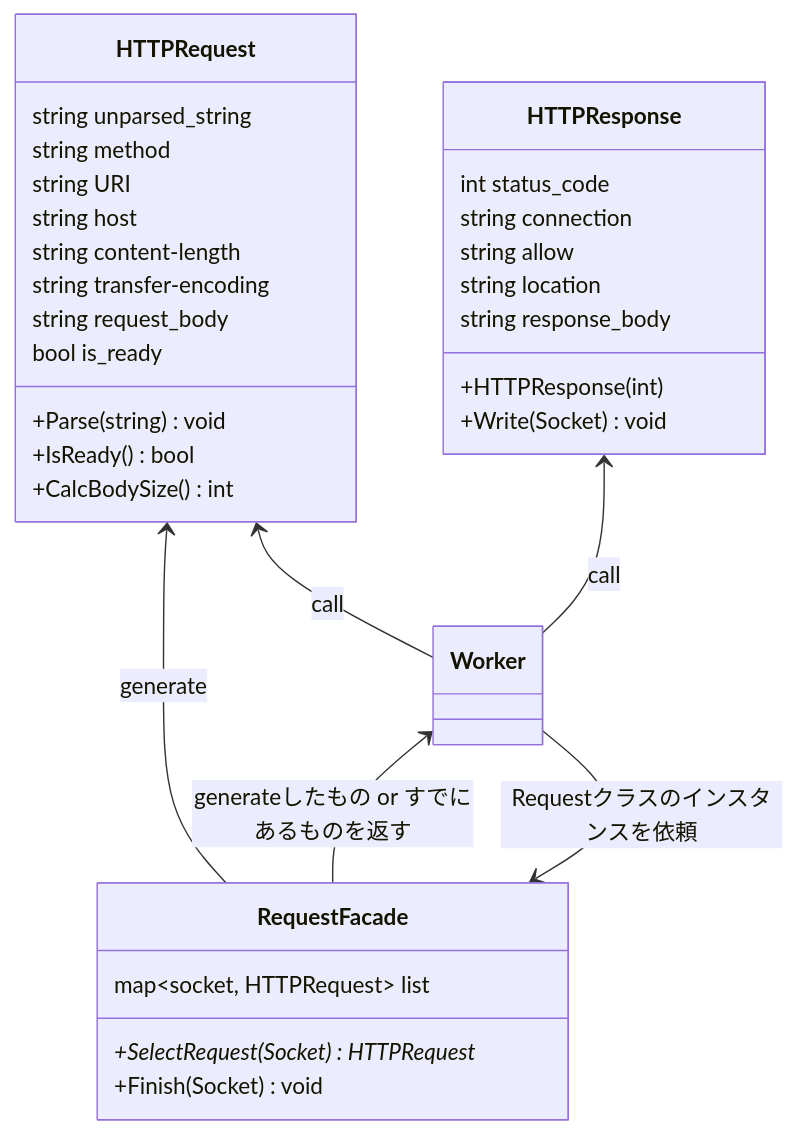
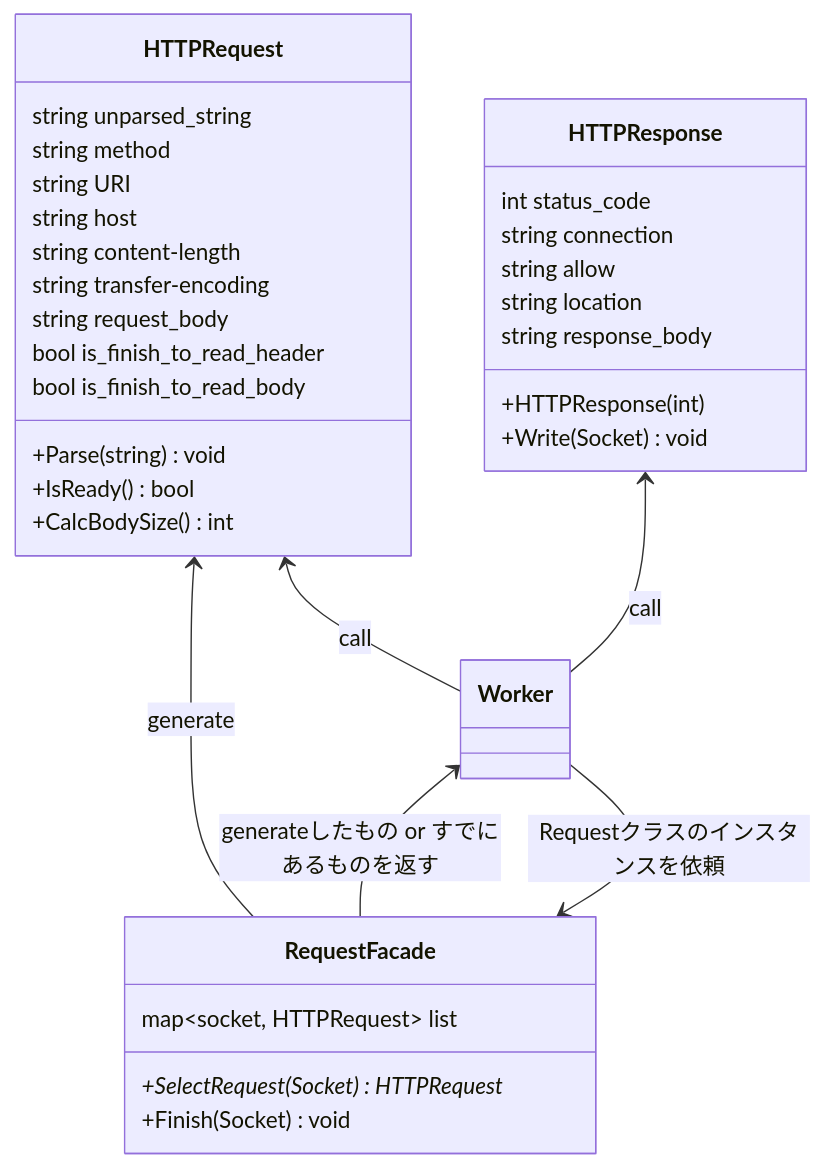
The diagram in docs/class/http_class.md (katataku/webserv), drawn with Mermaid before and after one commit. The commit also changed 8 other files, not shown here.

````diff
--- a/docs/class/http_class.md
+++ b/docs/class/http_class.md
@@ -1,45 +1,46 @@
 ```mermaid
 classDiagram
    class RequestFacade{
         map~socket, HTTPRequest~ list
         +SelectRequest(Socket) HTTPRequest*
         +Finish(Socket) void
     }
 
     %% TODO: CalcBodySize()の詳細を詰める && nginxのmax_body_sizeも確認 %%
     class HTTPRequest{
         string unparsed_string
         string method
         string URI
         string host
         string content-length
         string transfer-encoding
         string request_body
-        bool is_ready
+        bool is_finish_to_read_header
+        bool is_finish_to_read_body
         
         +Parse(string) void
         +IsReady() bool
         +CalcBodySize() int
     }
 
     class HTTPResponse{
         int status_code
         string connection
         string allow
         string location
         string response_body
 
         +HTTPResponse(int)
         +Write(Socket) void
     }
 
 
 HTTPRequest <-- RequestFacade : generate
 
 Worker <-- RequestFacade : generateしたもの or すでにあるものを返す
 Worker --> RequestFacade : Requestクラスのインスタンスを依頼
 
 
 HTTPRequest  <--  Worker :call
 HTTPResponse  <--  Worker :call
 ```
````
